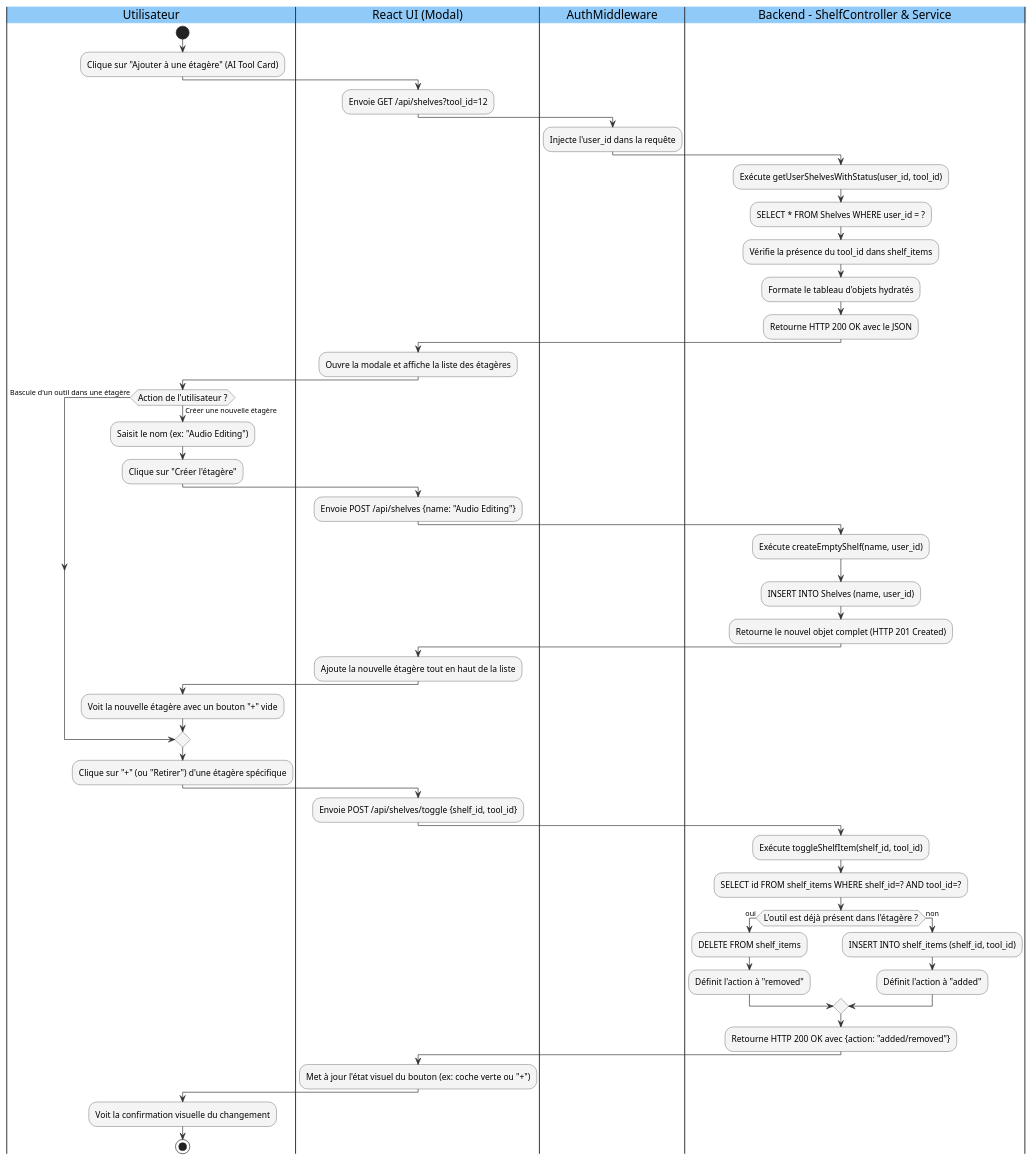
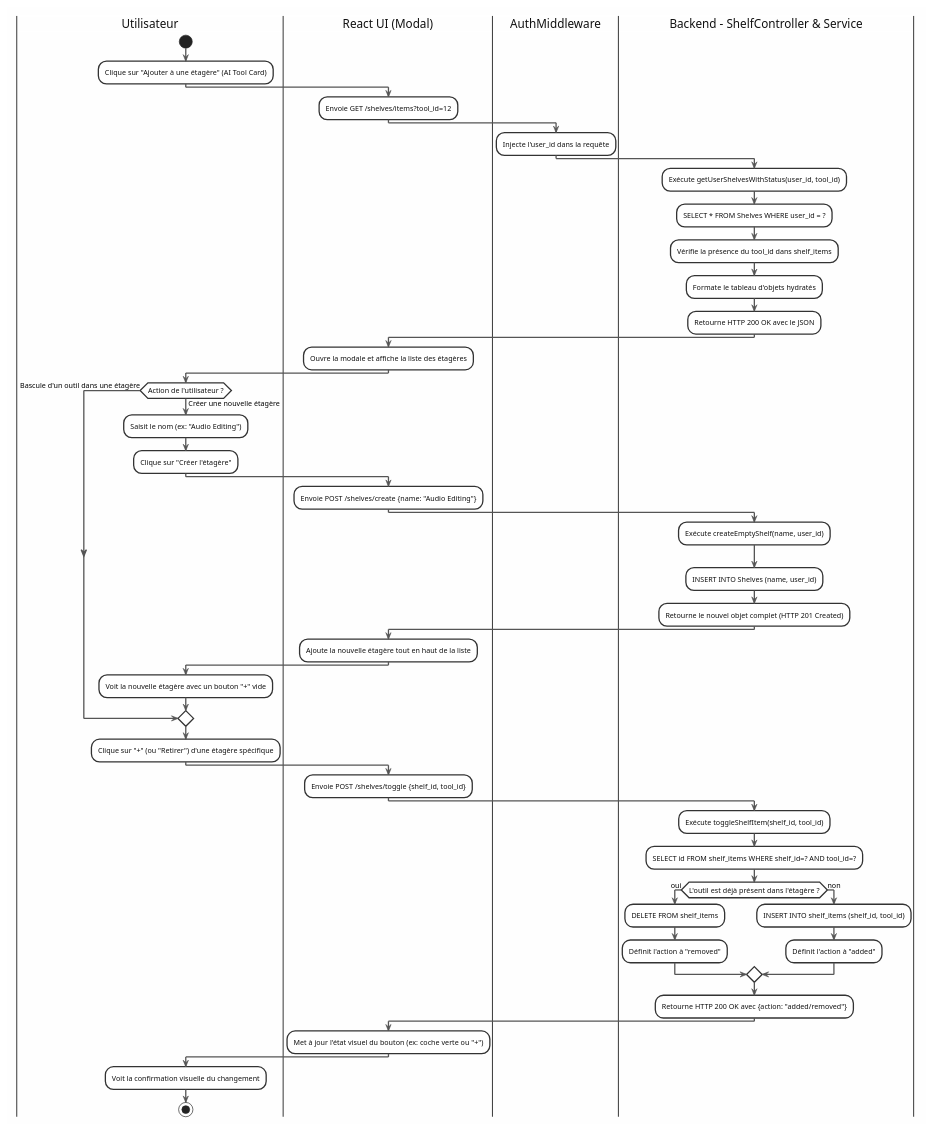
Before and after one commit to dss47/Penguins: the diagram in docs/activitydiagram/shelves.wsd, drawn with PlantUML. The commit also changed 57 other files, not shown here.

```diff
--- a/docs/activitydiagram/shelves.wsd
+++ b/docs/activitydiagram/shelves.wsd
@@ -1,81 +1,75 @@
 @startuml quick_manage_modal_activity
-skinparam activityBackgroundColor #F4F4F4
+skinparam backgroundColor #FEFEFE
+skinparam activityBackgroundColor #FFFFFF
 skinparam activityBorderColor #333333
-skinparam decisionBackgroundColor #FFF7D6
-skinparam decisionBorderColor #F57C00
-skinparam startColor #43A047
-skinparam endColor #E53935
-skinparam swimlaneTitleBackgroundColor #90CAF9
+skinparam activityBorderThickness 2
+skinparam activityFontColor #111111
+skinparam activityFontSize 11
+skinparam decisionBackgroundColor #FEFEFE
+skinparam decisionBorderColor #333333
+skinparam decisionFontColor #111111
+skinparam startColor #333333
+skinparam endColor #333333
+skinparam swimlaneTitleBackgroundColor #FEFEFE
 skinparam swimlaneBorderColor #333333
-skinparam activityBorderRadius 15
-skinparam arrowColor #333333
-skinparam activityFontSize 13
-
+skinparam swimlaneTitleFontColor #111111
+skinparam arrowColor #555555
+skinparam shadowing false
+skinparam activityBorderRadius 6
+skinparam defaultTextAlignment left
 |Utilisateur|
 start
 :Clique sur "Ajouter à une étagère" (AI Tool Card);
-
 |React UI (Modal)|
-:Envoie GET /api/shelves?tool_id=12;
-
+:Envoie GET /shelves/items?tool_id=12;
 |AuthMiddleware|
 :Injecte l'user_id dans la requête;
-
 |Backend - ShelfController & Service|
 :Exécute getUserShelvesWithStatus(user_id, tool_id);
 :SELECT * FROM Shelves WHERE user_id = ?;
 :Vérifie la présence du tool_id dans shelf_items;
 :Formate le tableau d'objets hydratés;
 :Retourne HTTP 200 OK avec le JSON;
-
 |React UI (Modal)|
 :Ouvre la modale et affiche la liste des étagères;
-
 |Utilisateur|
 if (Action de l'utilisateur ?) then (Créer une nouvelle étagère)
   :Saisit le nom (ex: "Audio Editing");
   :Clique sur "Créer l'étagère";
   
   |React UI (Modal)|
-  :Envoie POST /api/shelves {name: "Audio Editing"};
+  :Envoie POST /shelves/create {name: "Audio Editing"};
   
   |Backend - ShelfController & Service|
   :Exécute createEmptyShelf(name, user_id);
   :INSERT INTO Shelves (name, user_id);
   :Retourne le nouvel objet complet (HTTP 201 Created);
   
   |React UI (Modal)|
   :Ajoute la nouvelle étagère tout en haut de la liste;
   |Utilisateur|
   :Voit la nouvelle étagère avec un bouton "+" vide;
   
 else (Bascule d'un outil dans une étagère)
 endif
-
 |Utilisateur|
 :Clique sur "+" (ou "Retirer") d'une étagère spécifique;
-
 |React UI (Modal)|
-:Envoie POST /api/shelves/toggle {shelf_id, tool_id};
-
+:Envoie POST /shelves/toggle {shelf_id, tool_id};
 |Backend - ShelfController & Service|
 :Exécute toggleShelfItem(shelf_id, tool_id);
 :SELECT id FROM shelf_items WHERE shelf_id=? AND tool_id=?;
-
 if (L'outil est déjà présent dans l'étagère ?) then (oui)
   :DELETE FROM shelf_items;
   :Définit l'action à "removed";
 else (non)
   :INSERT INTO shelf_items (shelf_id, tool_id);
   :Définit l'action à "added";
 endif
-
 :Retourne HTTP 200 OK avec {action: "added/removed"};
-
 |React UI (Modal)|
 :Met à jour l'état visuel du bouton (ex: coche verte ou "+");
 |Utilisateur|
 :Voit la confirmation visuelle du changement;
-
 stop
 @enduml
```
